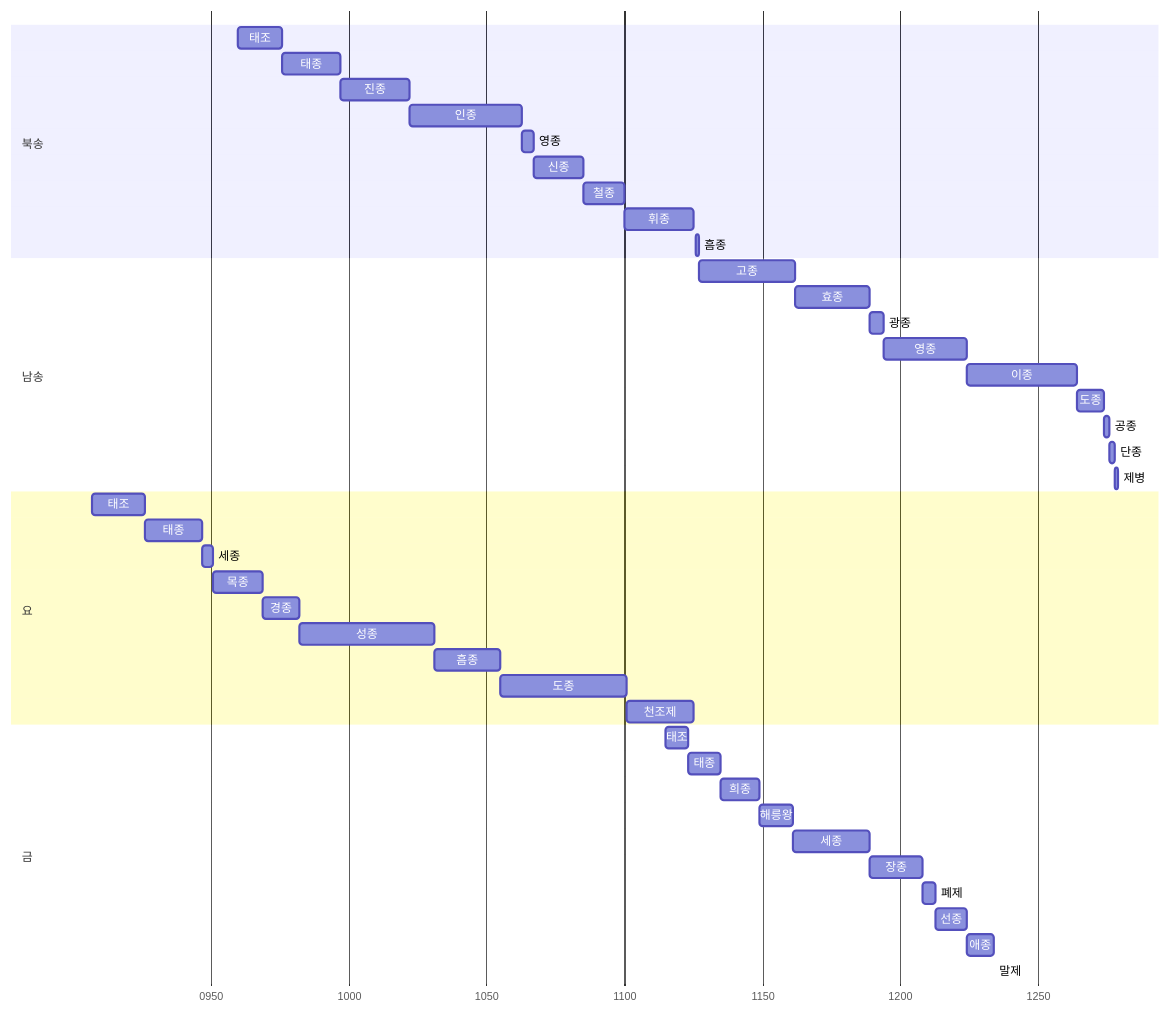
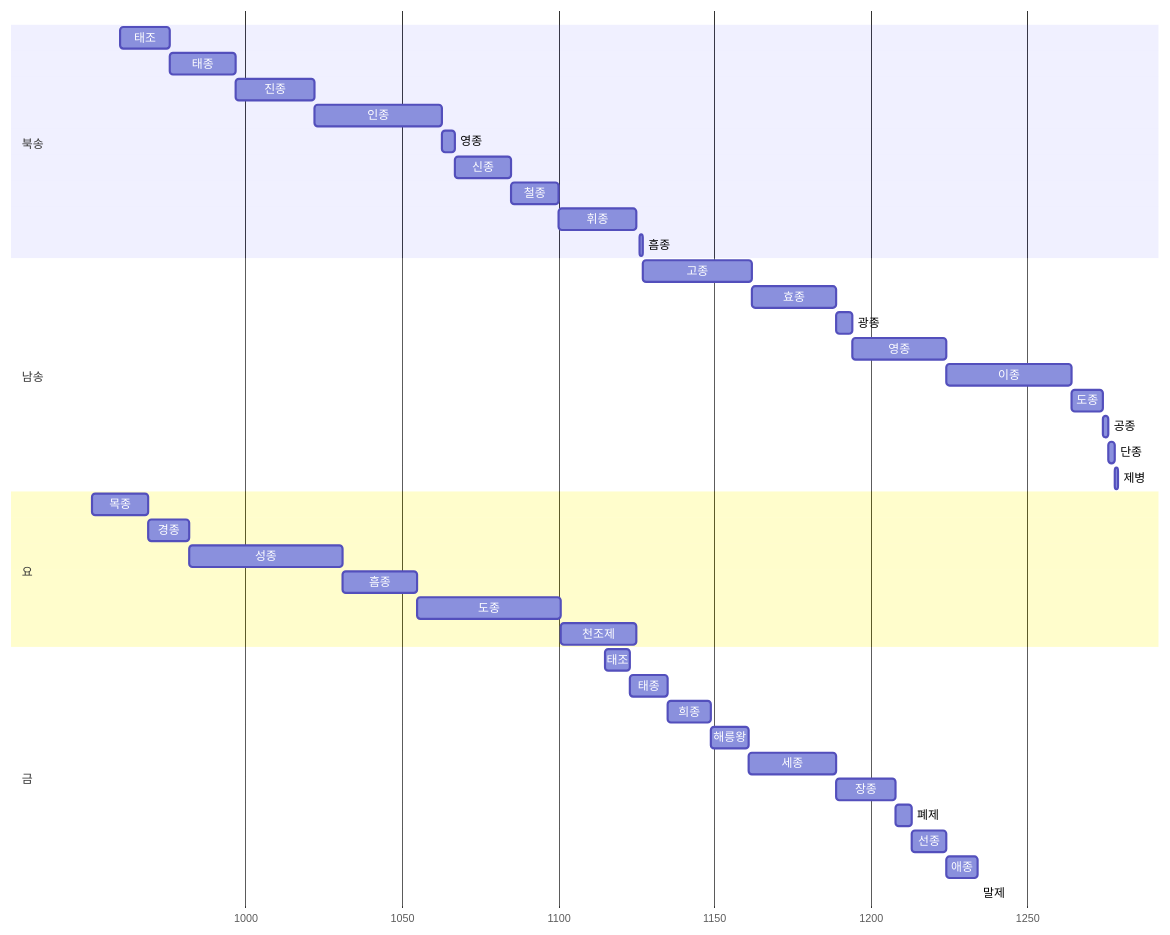
One commit to daewonyoon/historigram changed the second of 2 diagrams in 중국사/송왕조.md. Above: the diagram before and after it, drawn with Mermaid. The commit also changed other lines of this file and 1 other file, not shown here.

Commit message:
송왕조 가계도 수정.

````diff
--- a/중국사/송왕조.md
+++ b/중국사/송왕조.md
@@ -20,52 +21,49 @@
 ```mermaid
 gantt
 
 dateFormat YYYY
 axisFormat %Y
 
 section 북송
 태조: 0960,0976
 태종: 0976,0997
 진종: 0997,1022
 인종: 1022,1063
 영종: 1063, 1067
 신종: 1067, 1085
 철종: 1085, 1100
 휘종: 1100, 1125
 흠종: 1126, 1127
 
 section 남송
 고종: 1127, 1162
 효종: 1162, 1189
 광종: 1189, 1194
 영종: 1194, 1224
 이종: 1224, 1264
 도종: 1264, 1274
 공종: 1274, 1276
 단종: 1276, 1278
 제병: 1278, 1279
 
 section 요
-태조: 0907, 0926
-태종: 0926, 0947
-세종: 0947, 0951
 목종: 0951, 0969
 경종: 0969, 0982
 성종: 0982, 1031
 흠종: 1031, 1055
 도종: 1055, 1101
 천조제: 1101, 1125
 
 section 금
 태조 : 1115, 1123
 태종 : 1123, 1135
 희종 : 1135, 1149
 해릉왕 : 1149, 1161
 세종 : 1161, 1189
 장종 : 1189, 1208
 폐제 : 1208, 1213
 선종 : 1213, 1224
 애종 : 1224, 1234
 말제 : 1234, 1234
 
 ```
````
